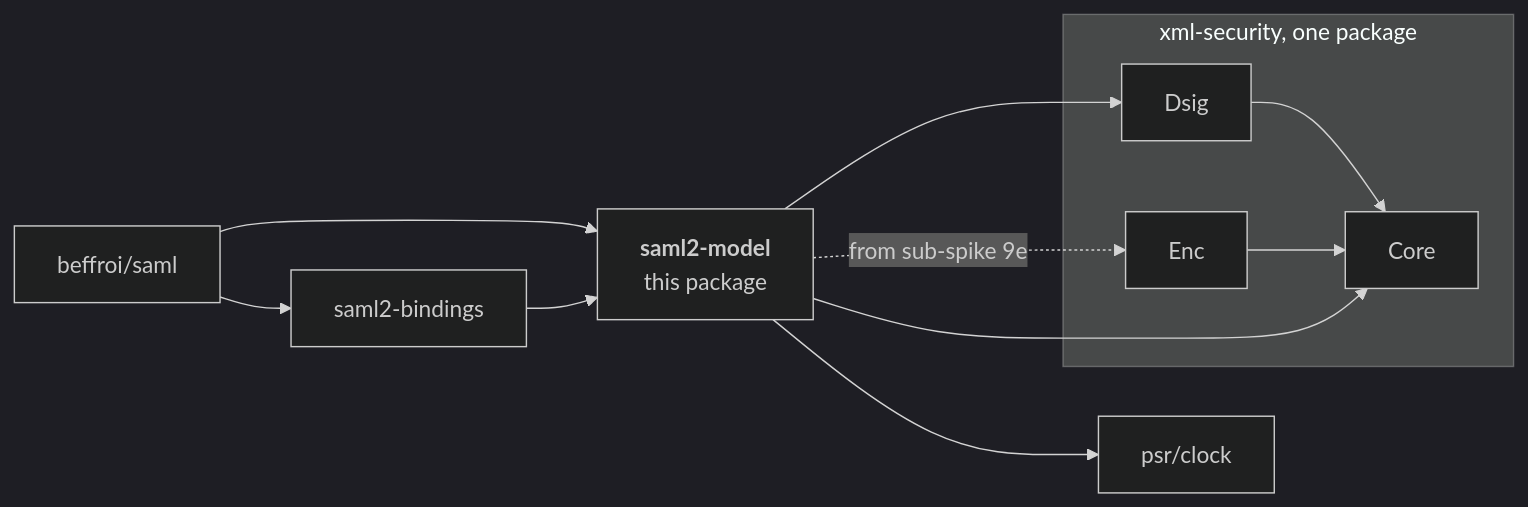
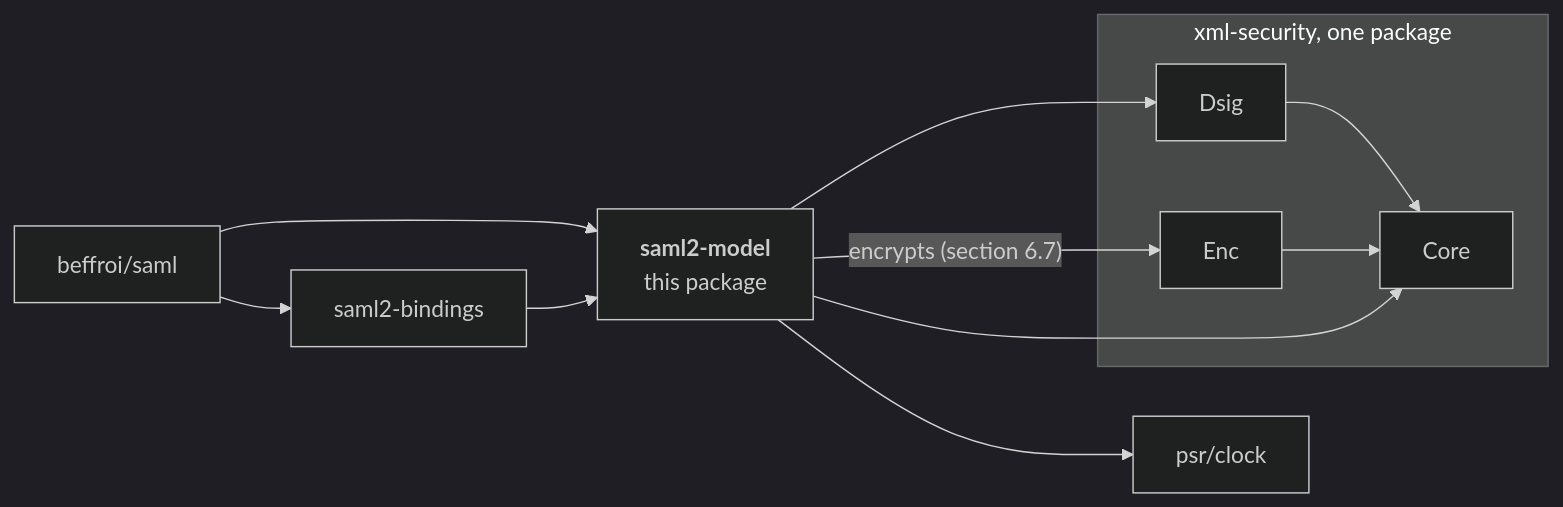
One commit to Jean-Beru/beffroi changed the diagram in src/saml2-model/spec/model.md. Above: the diagram before and after it, drawn with Mermaid (dark theme). The commit also changed other lines of this file and 2 other files, not shown here.

First line of the commit message:
docs(saml, saml2-model, saml2-bindings): the assertion encrypted for a service provider that asks for it, signed before and after (issue #733)

````diff
--- a/src/saml2-model/spec/model.md
+++ b/src/saml2-model/spec/model.md
@@ -30,14 +30,14 @@
 ```mermaid
 graph LR
     saml["beffroi/saml"] --> bindings["saml2-bindings"]
     saml --> model
     bindings --> model["<b>saml2-model</b><br/>this package"]
     subgraph xmlsec["xml-security, one package"]
         dsig["Dsig"] --> core["Core"]
         enc["Enc"] --> core
     end
     model --> core
     model --> dsig
-    model -.->|"from sub-spike 9e"| enc
+    model -->|"encrypts (section 6.7)"| enc
     model --> clock["psr/clock"]
 ```
````
